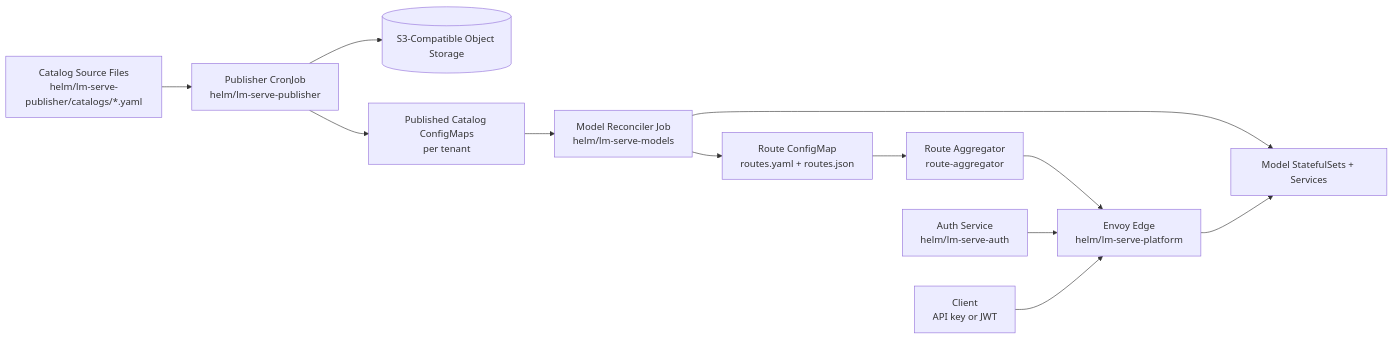
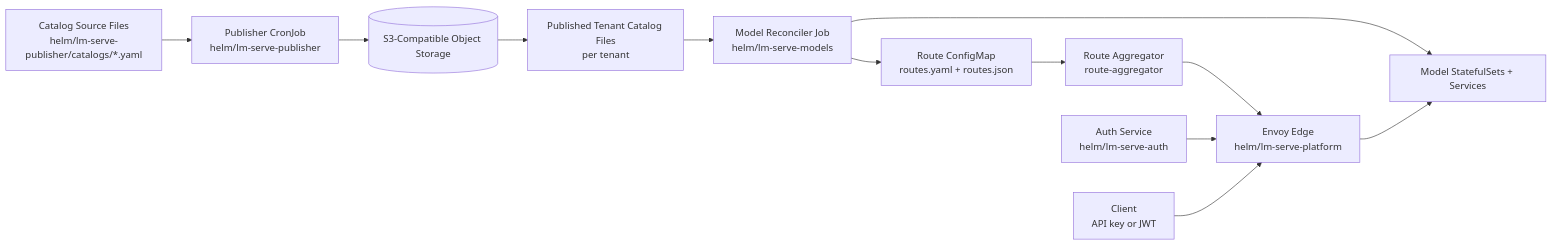
One commit to prasadnadig/next-word changed the first of 2 diagrams in lm-serve/README.md. Above: the diagram before and after it, drawn with Mermaid. The commit also changed other lines of this file and 21 other files, not shown here.

````diff
--- a/lm-serve/README.md
+++ b/lm-serve/README.md
@@ -41,17 +41,17 @@
 ```mermaid
 flowchart LR
   A[Catalog Source Files\nhelm/lm-serve-publisher/catalogs/*.yaml] --> B[Publisher CronJob\nhelm/lm-serve-publisher]
   B --> C[(S3-Compatible Object Storage)]
-  B --> D[Published Catalog ConfigMaps\nper tenant]
+  C --> D[Published Tenant Catalog Files\nper tenant]
 
   D --> E[Model Reconciler Job\nhelm/lm-serve-models]
   E --> F[Model StatefulSets + Services]
   E --> G[Route ConfigMap\nroutes.yaml + routes.json]
 
   G --> H[Route Aggregator\nroute-aggregator]
   H --> I[Envoy Edge\nhelm/lm-serve-platform]
 
   J[Auth Service\nhelm/lm-serve-auth] --> I
   K[Client\nAPI key or JWT] --> I
   I --> F
 ```
````
